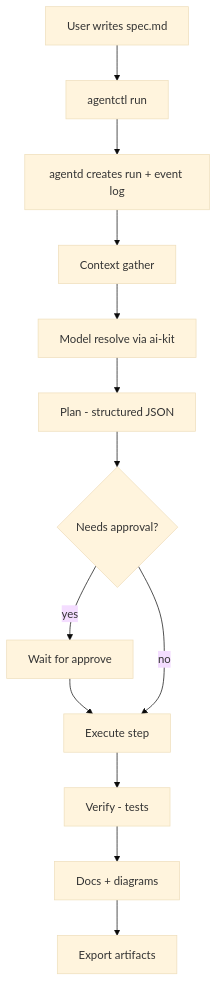
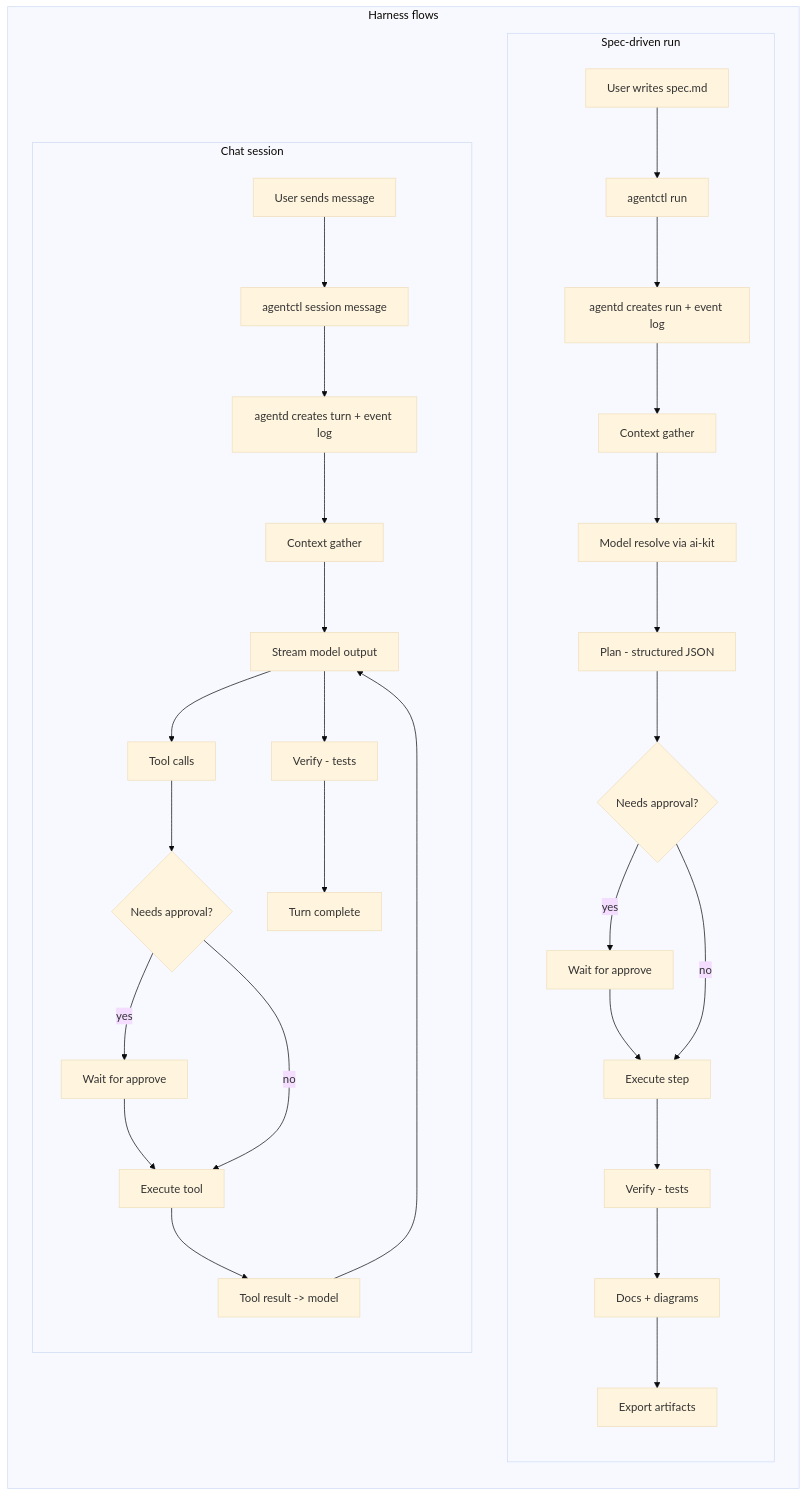
Before and after one commit to Volpestyle/vuhlp-code: the diagram in docs/diagrams/agent-harness.mmd, drawn with Mermaid. The commit also changed 5 other files, not shown here.

First line of the commit message:
docs: update documentation and architecture diagrams

```diff
--- a/docs/diagrams/agent-harness.mmd
+++ b/docs/diagrams/agent-harness.mmd
@@ -1,14 +1,37 @@
 %%{init: {'theme': 'base'}}%%
-flowchart TD
-  A[User writes spec.md] --> B[agentctl run]
-  B --> C[agentd creates run + event log]
-  C --> D[Context gather]
-  D --> E[Model resolve via ai-kit]
-  E --> F[Plan - structured JSON]
-  F --> G{Needs approval?}
-  G -->|yes| H[Wait for approve]
-  H --> I[Execute step]
-  G -->|no| I[Execute step]
-  I --> J[Verify - tests]
-  J --> K[Docs + diagrams]
-  K --> L[Export artifacts]
+flowchart TB
+  subgraph Stack[Harness flows]
+    direction TB
+    subgraph Run[Spec-driven run]
+      direction TB
+      A[User writes spec.md] --> B[agentctl run]
+      B --> C[agentd creates run + event log]
+      C --> D[Context gather]
+      D --> E[Model resolve via ai-kit]
+      E --> F[Plan - structured JSON]
+      F --> G{Needs approval?}
+      G -->|yes| H[Wait for approve]
+      H --> I[Execute step]
+      G -->|no| I[Execute step]
+      I --> J[Verify - tests]
+      J --> K[Docs + diagrams]
+      K --> L[Export artifacts]
+    end
+
+    subgraph Session[Chat session]
+      direction TB
+      A2[User sends message] --> B2[agentctl session message]
+      B2 --> C2[agentd creates turn + event log]
+      C2 --> D2[Context gather]
+      D2 --> E2[Stream model output]
+      E2 --> F2[Tool calls]
+      F2 --> G2{Needs approval?}
+      G2 -->|yes| H2[Wait for approve]
+      H2 --> I2[Execute tool]
+      G2 -->|no| I2[Execute tool]
+      I2 --> J2[Tool result -> model]
+      J2 --> E2
+      E2 --> K2[Verify - tests]
+      K2 --> L2[Turn complete]
+    end
+  end
```
